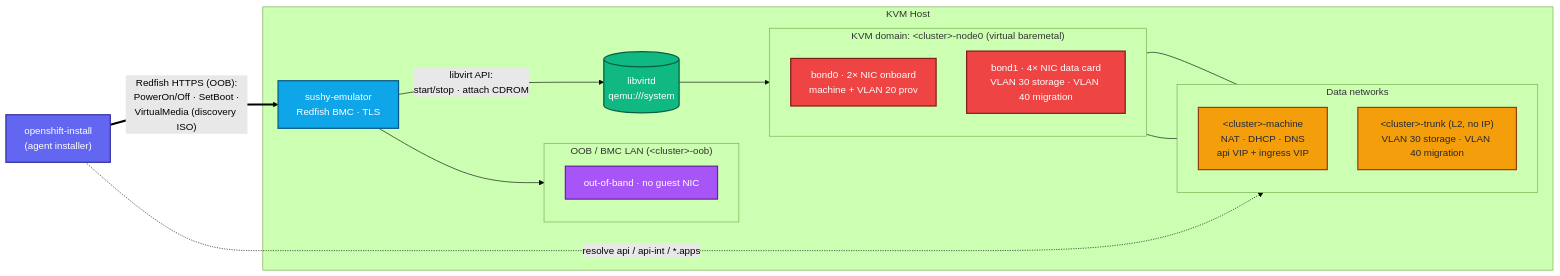
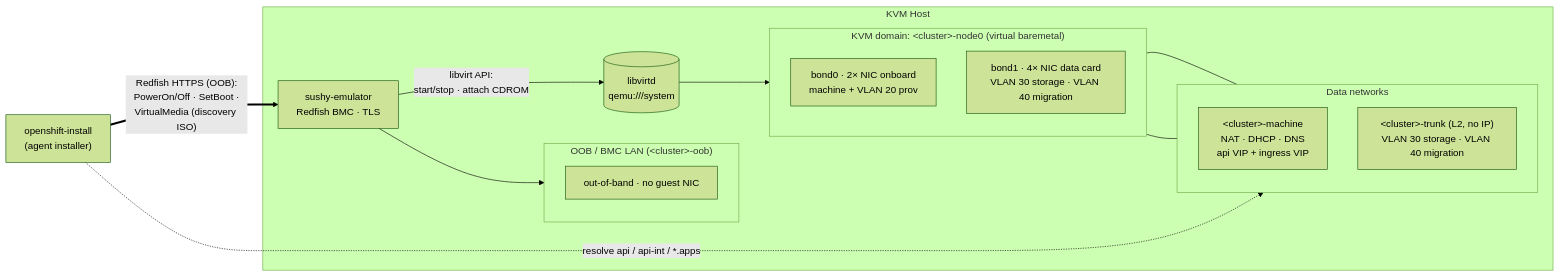
One commit to maci0/vmetal-openshift changed the third of 10 diagrams in docs/architecture.md. Above: the diagram before and after it, drawn with Mermaid (forest theme). The commit also changed other lines of this file and 1 other file, not shown here.

First line of the commit message:
docs: redo topology diagrams as clean layered reference architectures

````diff
--- a/docs/architecture.md
+++ b/docs/architecture.md
@@ -132,48 +117,36 @@
 ```mermaid
 flowchart LR
   installer["openshift-install<br/>(agent installer)"]
 
   subgraph host["KVM Host"]
     sushy["sushy-emulator<br/>Redfish BMC · TLS"]
     libvirt[("libvirtd<br/>qemu:///system")]
 
     subgraph oob["OOB / BMC LAN (&lt;cluster&gt;-oob)"]
       direction TB
       oobnote["out-of-band · no guest NIC"]
     end
 
     subgraph data["Data networks"]
       direction TB
       mnet["&lt;cluster&gt;-machine<br/>NAT · DHCP · DNS<br/>api VIP + ingress VIP"]
       tnet["&lt;cluster&gt;-trunk (L2, no IP)<br/>VLAN 30 storage · VLAN 40 migration"]
     end
 
     subgraph node0["KVM domain: &lt;cluster&gt;-node0 (virtual baremetal)"]
       direction TB
       b0["bond0 · 2× NIC onboard<br/>machine + VLAN 20 prov"]
       b1["bond1 · 4× NIC data card<br/>VLAN 30 storage · VLAN 40 migration"]
     end
   end
 
   installer == "Redfish HTTPS (OOB):<br/>PowerOn/Off · SetBoot ·<br/>VirtualMedia (discovery ISO)" ==> sushy
   sushy --> oob
   sushy -- "libvirt API:<br/>start/stop · attach CDROM" --> libvirt
   libvirt --> node0
   b0 --- mnet
   b1 --- tnet
   installer -. "resolve api / api-int / *.apps" .-> mnet
 
-  classDef inst fill:#6366f1,stroke:#3730a3,color:#fff,stroke-width:2px;
-  classDef bmc fill:#0ea5e9,stroke:#075985,color:#fff,stroke-width:2px;
-  classDef virt fill:#10b981,stroke:#065f46,color:#fff,stroke-width:2px;
-  classDef net fill:#f59e0b,stroke:#92400e,color:#1f2937,stroke-width:2px;
-  classDef oobc fill:#a855f7,stroke:#6b21a8,color:#fff,stroke-width:2px;
-  classDef vm fill:#ef4444,stroke:#7f1d1d,color:#fff,stroke-width:2px;
 
-  class installer inst;
-  class sushy bmc;
-  class libvirt virt;
-  class mnet,tnet net;
-  class oobnote oobc;
-  class b0,b1 vm;
 ```
````
